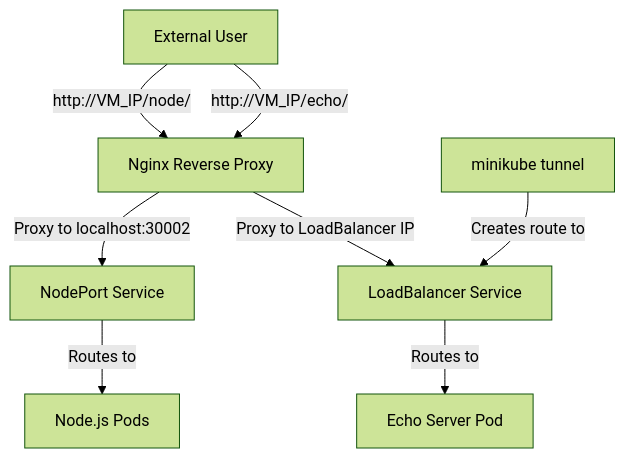
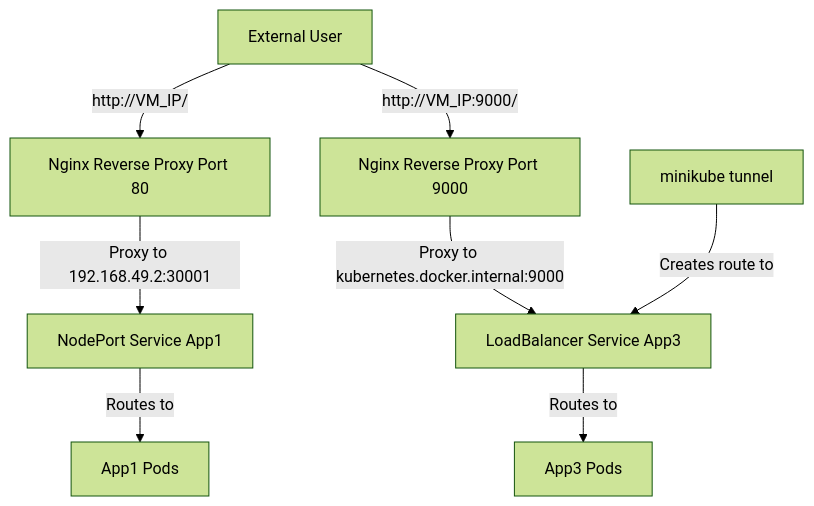
One commit to stravos97/tech501-kubernetes-guide changed the diagram in kubernetes-guide/docs/day3/02_Advanced_Networking.md. Above: the diagram before and after it, drawn with Mermaid (forest theme). The commit also changed other lines of this file and 4 other files, not shown here.

Commit message:
update documentation: enhance README and table of contents with project structure, application details, and additional guides for Minikube tunnel, manual npm install, and init container implementation

````diff
--- a/kubernetes-guide/docs/day3/02_Advanced_Networking.md
+++ b/kubernetes-guide/docs/day3/02_Advanced_Networking.md
@@ -94,13 +94,13 @@
 ```mermaid
 graph TD
-    A[External User] -->|http://VM_IP/node/| B[Nginx Reverse Proxy]
-    A -->|http://VM_IP/echo/| B
+    A[External User] -->|http://VM_IP/| B[Nginx Reverse Proxy Port 80]
+    A -->|http://VM_IP:9000/| C[Nginx Reverse Proxy Port 9000]
     
-    B -->|Proxy to localhost:30002| C[NodePort Service]
-    B -->|Proxy to LoadBalancer IP| D[LoadBalancer Service]
+    B -->|Proxy to 192.168.49.2:30001| D[NodePort Service App1]
+    C -->|Proxy to kubernetes.docker.internal:9000| E[LoadBalancer Service App3]
     
-    C -->|Routes to| E[Node.js Pods]
-    D -->|Routes to| F[Echo Server Pod]
+    D -->|Routes to| F[App1 Pods]
+    E -->|Routes to| G[App3 Pods]
     
-    G[minikube tunnel] -->|Creates route to| D
+    H[minikube tunnel] -->|Creates route to| E
 ```
````
